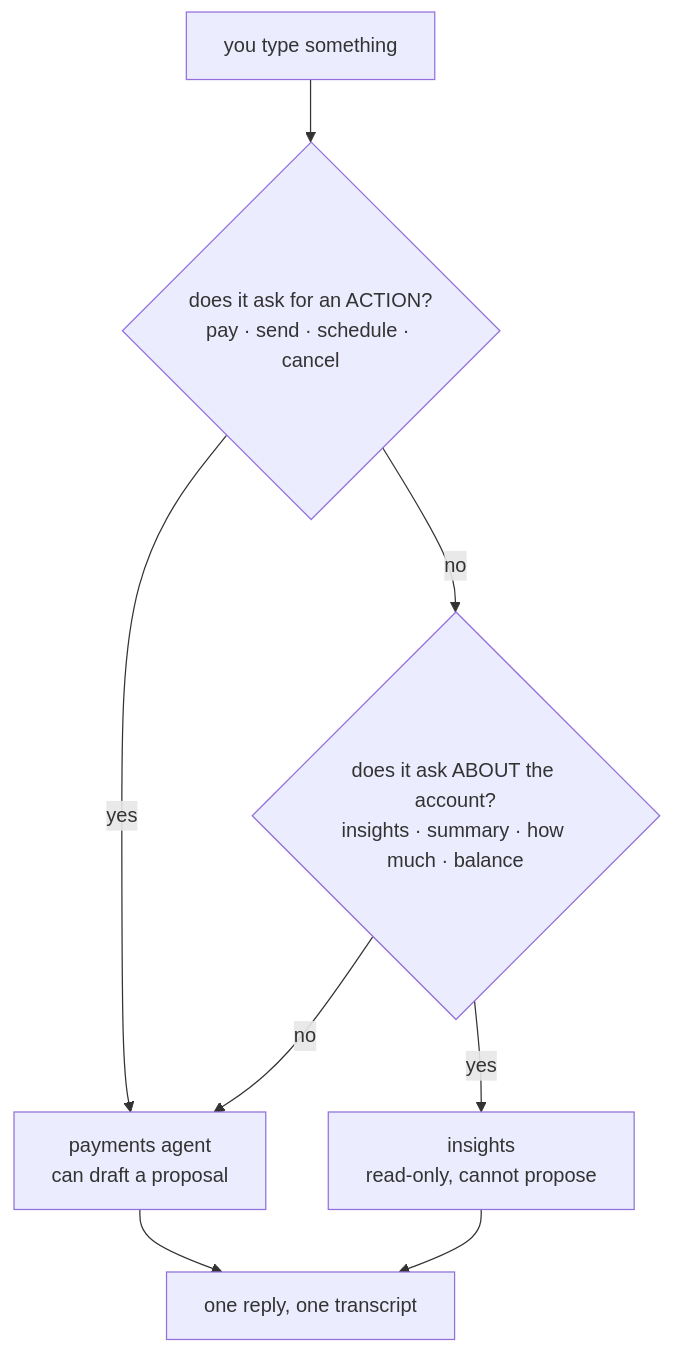
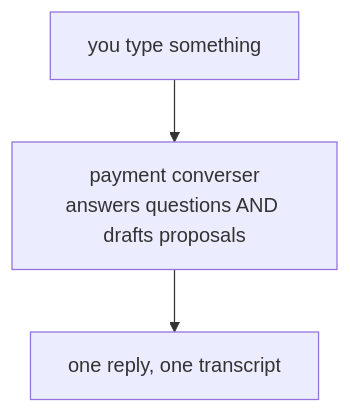
The fifth of 9 diagrams in docs/HOW_IT_WORKS.md (dakota-xyz/agentic-demo-ts), drawn with Mermaid before and after one commit. The commit also changed other lines of this file and 12 other files, not shown here.

````diff
--- a/docs/HOW_IT_WORKS.md
+++ b/docs/HOW_IT_WORKS.md
@@ -171,10 +171,5 @@
 ```mermaid
 flowchart TD
-    A["you type something"] --> B{"does it ask for an ACTION?<br/>pay · send · schedule · cancel"}
-    B -- yes --> C["payments agent<br/>can draft a proposal"]
-    B -- no --> D{"does it ask ABOUT the account?<br/>insights · summary · how much · balance"}
-    D -- yes --> E["insights<br/>read-only, cannot propose"]
-    D -- no --> C
+    A["you type something"] --> C["payment converser<br/>answers questions AND drafts proposals"]
     C --> F["one reply, one transcript"]
-    E --> F
 ```
````
